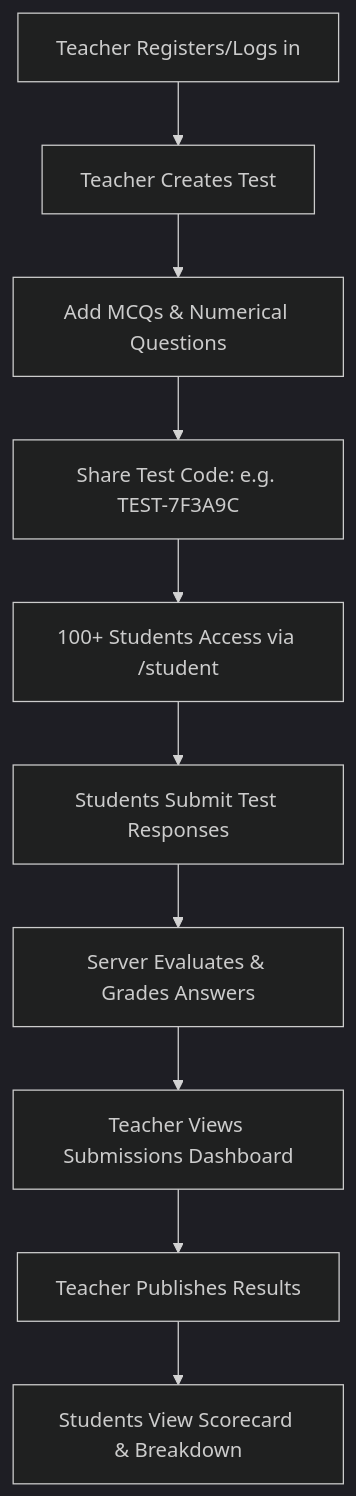
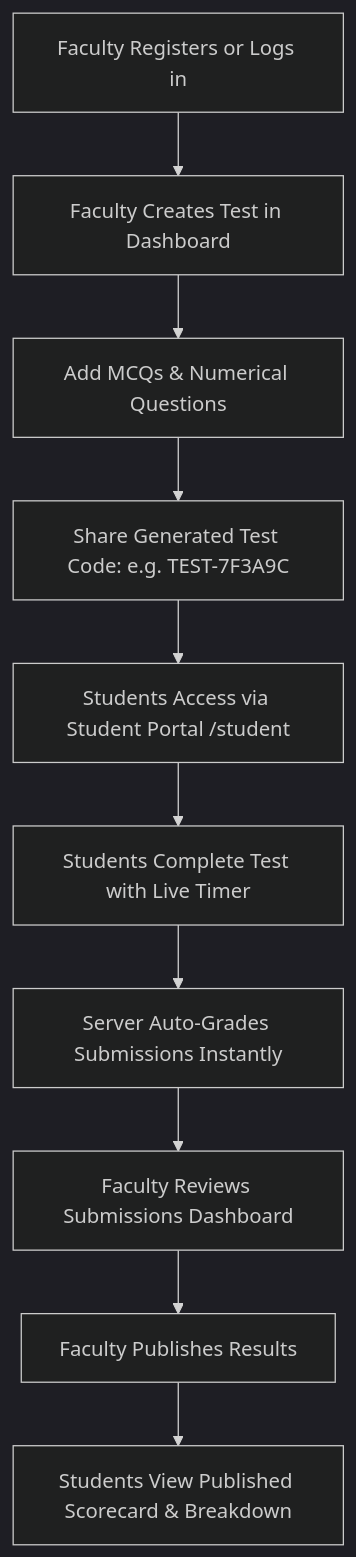
One commit to sadmsd707/Vishwaved changed the diagram in README.md. Above: the diagram before and after it, drawn with Mermaid (dark theme). The commit also changed other lines of this file, not shown here.

````diff
--- a/README.md
+++ b/README.md
@@ -214,12 +243,12 @@
 ```mermaid
 flowchart TD
-    A[Teacher Registers/Logs in] --> B[Teacher Creates Test]
+    A[Faculty Registers or Logs in] --> B[Faculty Creates Test in Dashboard]
     B --> C[Add MCQs & Numerical Questions]
-    C --> D[Share Test Code: e.g. TEST-7F3A9C]
-    D --> E[100+ Students Access via /student]
-    E --> F[Students Submit Test Responses]
-    F --> G[Server Evaluates & Grades Answers]
-    G --> H[Teacher Views Submissions Dashboard]
-    H --> I[Teacher Publishes Results]
-    I --> J[Students View Scorecard & Breakdown]
+    C --> D[Share Generated Test Code: e.g. TEST-7F3A9C]
+    D --> E[Students Access via Student Portal /student]
+    E --> F[Students Complete Test with Live Timer]
+    F --> G[Server Auto-Grades Submissions Instantly]
+    G --> H[Faculty Reviews Submissions Dashboard]
+    H --> I[Faculty Publishes Results]
+    I --> J[Students View Published Scorecard & Breakdown]
 ```
````
